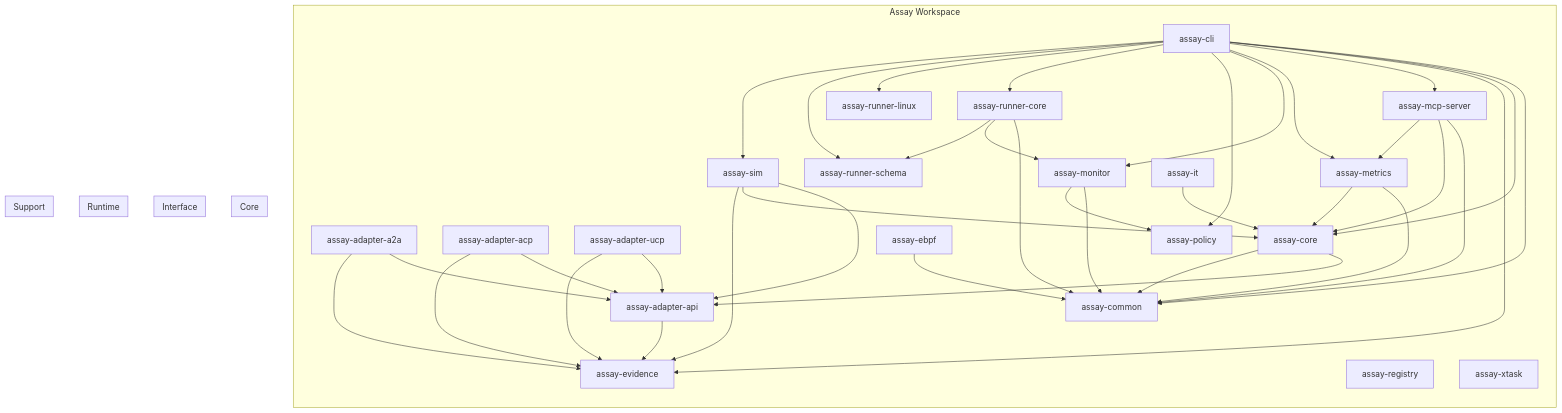
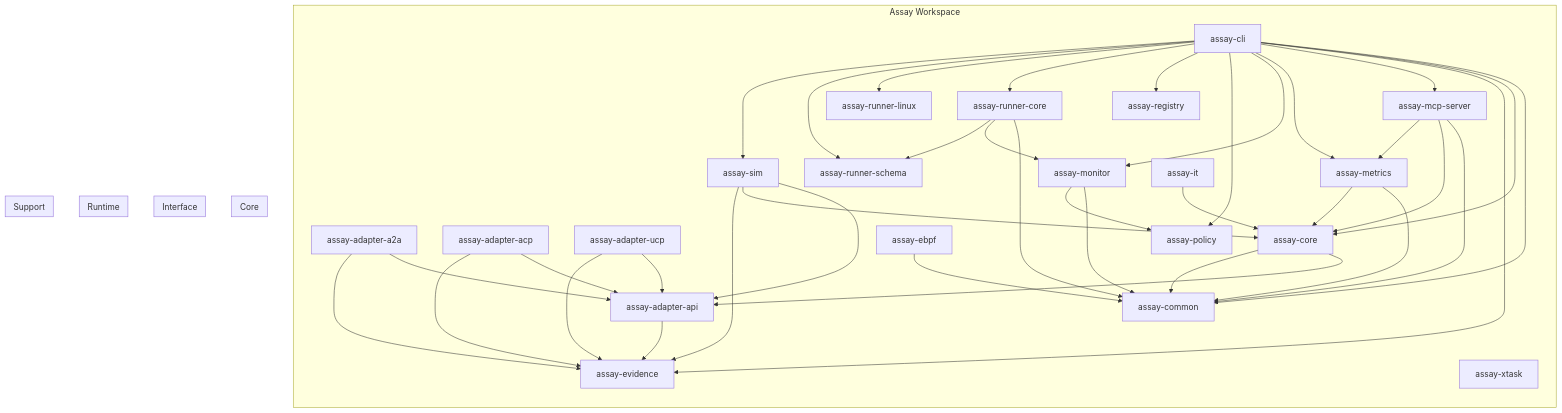
Diagram 23 of 24 in docs/AIcontext/architecture-diagrams.md (Rul1an/assay), drawn with Mermaid before and after one commit. The commit also changed 1 other file, not shown here.

Commit message:
docs: auto-update diagrams and crate info (#1716)

```diff
--- a/docs/AIcontext/architecture-diagrams.md
+++ b/docs/AIcontext/architecture-diagrams.md
@@ -865,6 +865,7 @@
     assay_cli --> assay_metrics
     assay_cli --> assay_monitor
     assay_cli --> assay_policy
+    assay_cli --> assay_registry
     assay_cli --> assay_runner_core
     assay_cli --> assay_runner_linux
     assay_cli --> assay_runner_schema
```
